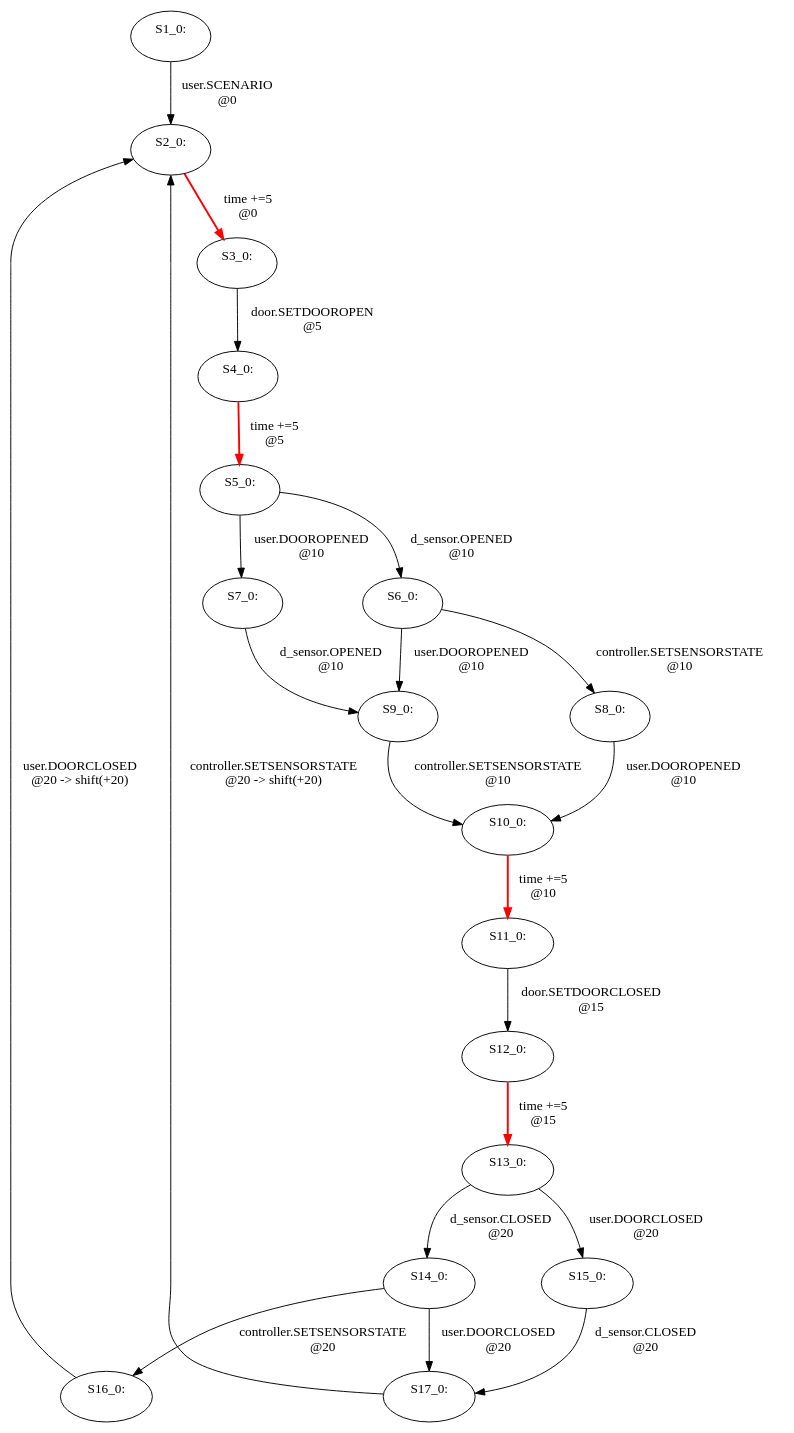
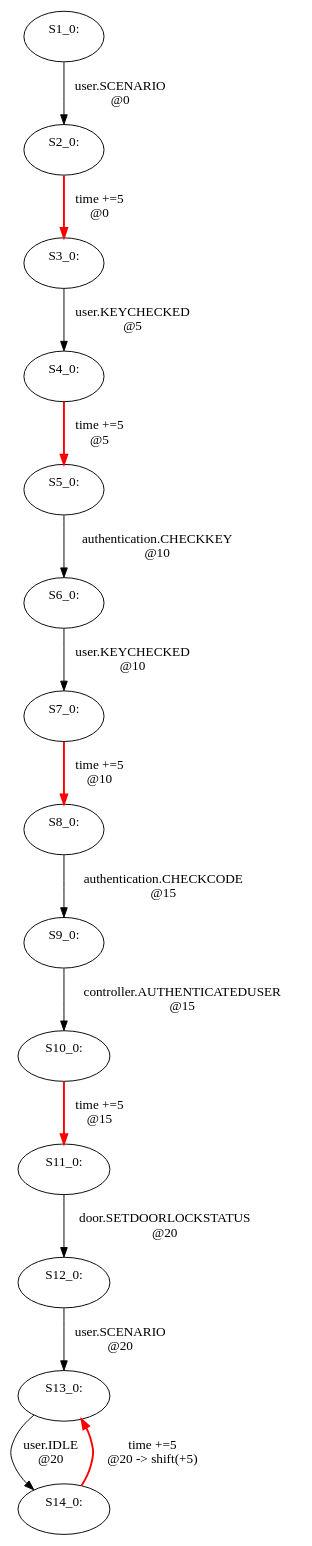
Before and after one commit to CEN90/Homealarm: the diagram in Rebeca/src/alarm.dot, drawn with Graphviz. The commit also changed 1 other file, not shown here.

```diff
--- a/Rebeca/src/alarm.dot
+++ b/Rebeca/src/alarm.dot
@@ -1,40 +1,30 @@
 digraph html {
 S1_0[label="S1_0: \n "];
 S2_0[label="S2_0: \n "];
 S3_0[label="S3_0: \n "];
 S2_0 -> S3_0[label="time +=5 \n @0", style="bold", color="red"];
 S1_0 -> S2_0[label="user.SCENARIO \n @0"];
 S4_0[label="S4_0: \n "];
 S5_0[label="S5_0: \n "];
 S4_0 -> S5_0[label="time +=5 \n @5", style="bold", color="red"];
-S3_0 -> S4_0[label="door.SETDOOROPEN \n @5"];
+S3_0 -> S4_0[label="user.KEYCHECKED \n @5"];
 S6_0[label="S6_0: \n "];
-S5_0 -> S6_0[label="d_sensor.OPENED \n @10"];
+S5_0 -> S6_0[label="authentication.CHECKKEY \n @10"];
 S7_0[label="S7_0: \n "];
-S5_0 -> S7_0[label="user.DOOROPENED \n @10"];
 S8_0[label="S8_0: \n "];
-S6_0 -> S8_0[label="controller.SETSENSORSTATE \n @10"];
+S7_0 -> S8_0[label="time +=5 \n @10", style="bold", color="red"];
+S6_0 -> S7_0[label="user.KEYCHECKED \n @10"];
 S9_0[label="S9_0: \n "];
-S6_0 -> S9_0[label="user.DOOROPENED \n @10"];
-S7_0 -> S9_0[label="d_sensor.OPENED \n @10"];
+S8_0 -> S9_0[label="authentication.CHECKCODE \n @15"];
 S10_0[label="S10_0: \n "];
 S11_0[label="S11_0: \n "];
-S10_0 -> S11_0[label="time +=5 \n @10", style="bold", color="red"];
-S8_0 -> S10_0[label="user.DOOROPENED \n @10"];
-S9_0 -> S10_0[label="controller.SETSENSORSTATE \n @10"];
+S10_0 -> S11_0[label="time +=5 \n @15", style="bold", color="red"];
+S9_0 -> S10_0[label="controller.AUTHENTICATEDUSER \n @15"];
 S12_0[label="S12_0: \n "];
+S11_0 -> S12_0[label="door.SETDOORLOCKSTATUS \n @20"];
 S13_0[label="S13_0: \n "];
-S12_0 -> S13_0[label="time +=5 \n @15", style="bold", color="red"];
-S11_0 -> S12_0[label="door.SETDOORCLOSED \n @15"];
+S12_0 -> S13_0[label="user.SCENARIO \n @20"];
 S14_0[label="S14_0: \n "];
-S13_0 -> S14_0[label="d_sensor.CLOSED \n @20"];
-S15_0[label="S15_0: \n "];
-S13_0 -> S15_0[label="user.DOORCLOSED \n @20"];
-S16_0[label="S16_0: \n "];
-S14_0 -> S16_0[label="controller.SETSENSORSTATE \n @20"];
-S17_0[label="S17_0: \n "];
-S14_0 -> S17_0[label="user.DOORCLOSED \n @20"];
-S15_0 -> S17_0[label="d_sensor.CLOSED \n @20"];
-S16_0 -> S2_0[label="user.DOORCLOSED \n @20 -> shift(+20)"];
-S17_0 -> S2_0[label="controller.SETSENSORSTATE \n @20 -> shift(+20)"];
+S14_0 -> S13_0[label="time +=5 \n @20 -> shift(+5)", style="bold", color="red"];
+S13_0 -> S14_0[label="user.IDLE \n @20"];
 }
```
